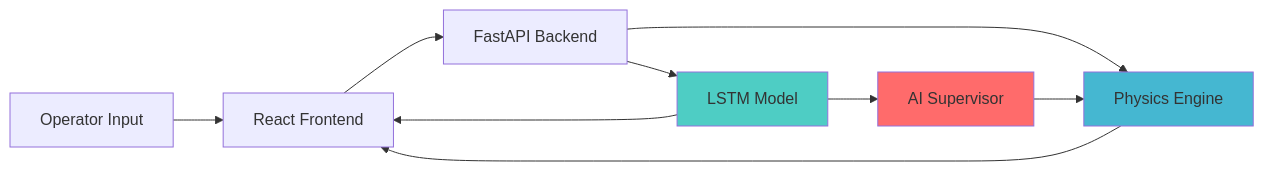
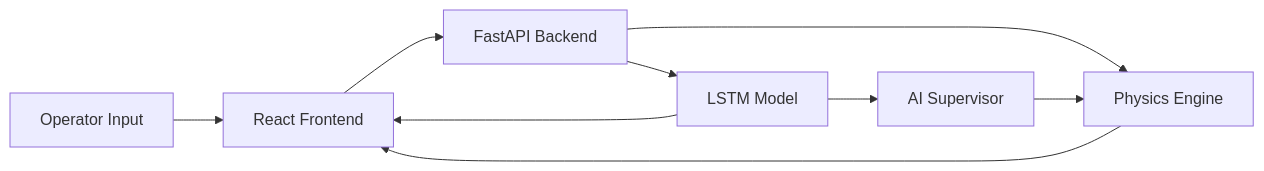
The diagram in docs/index.md (Divesh-Kshirsagar/BIMCS), drawn with Mermaid before and after one commit. The commit also changed 7 other files, not shown here.

Commit message:
refactor: remove unnecessary style definitions from documentation diagrams

````diff
--- a/docs/index.md
+++ b/docs/index.md
@@ -62,15 +62,13 @@
 ```mermaid
 graph LR
     A[Operator Input] --> B[React Frontend]
     B --> C[FastAPI Backend]
     C --> D[Physics Engine]
     C --> E[LSTM Model]
     E --> F[AI Supervisor]
     F --> D
     D --> B
     E --> B
     
-    style F fill:#ff6b6b
-    style E fill:#4ecdc4
-    style D fill:#45b7d1
+
 ```
````
